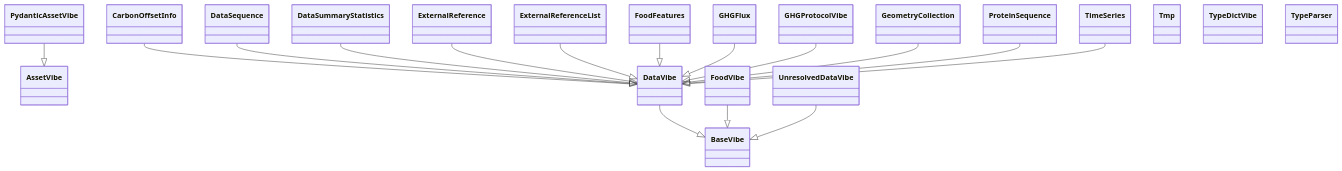
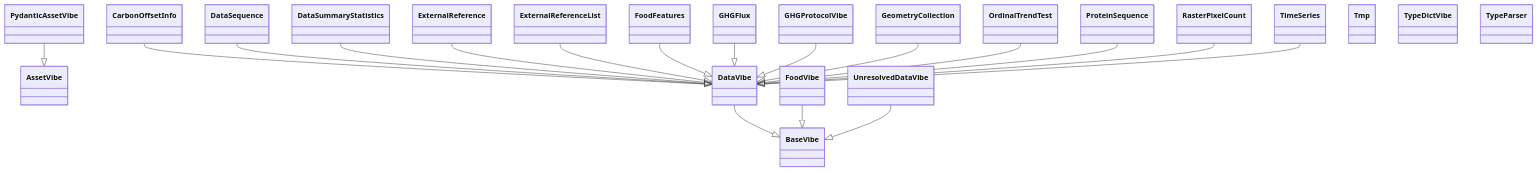
One commit to microsoft/farmvibes-ai changed the diagram in docs/source/docfiles/markdown/data_types_diagram/core_types_hierarchy.md. Above: the diagram before and after it, drawn with Mermaid. The commit also changed 152 other files, not shown here.

```diff
--- a/docs/source/docfiles/markdown/data_types_diagram/core_types_hierarchy.md
+++ b/docs/source/docfiles/markdown/data_types_diagram/core_types_hierarchy.md
@@ -2,61 +2,67 @@
 <div class="mermaid">
 
 classDiagram
   class AssetVibe {
   }
   class BaseVibe {
   }
   class CarbonOffsetInfo {
   }
   class DataSequence {
   }
   class DataSummaryStatistics {
   }
   class DataVibe {
   }
   class ExternalReference {
   }
   class ExternalReferenceList {
   }
   class FoodFeatures {
   }
   class FoodVibe {
   }
   class GHGFlux {
   }
   class GHGProtocolVibe {
   }
   class GeometryCollection {
   }
+  class OrdinalTrendTest {
+  }
   class ProteinSequence {
   }
   class PydanticAssetVibe {
+  }
+  class RasterPixelCount {
   }
   class TimeSeries {
   }
   class Tmp {
   }
   class TypeDictVibe {
   }
   class TypeParser {
   }
   class UnresolvedDataVibe {
   }
   PydanticAssetVibe --|> AssetVibe
   CarbonOffsetInfo --|> DataVibe
   DataSequence --|> DataVibe
   DataSummaryStatistics --|> DataVibe
   DataVibe --|> BaseVibe
   ExternalReference --|> DataVibe
   ExternalReferenceList --|> DataVibe
   FoodFeatures --|> DataVibe
   FoodVibe --|> BaseVibe
   GHGFlux --|> DataVibe
   GHGProtocolVibe --|> DataVibe
   GeometryCollection --|> DataVibe
+  OrdinalTrendTest --|> DataVibe
   ProteinSequence --|> DataVibe
+  RasterPixelCount --|> DataVibe
   TimeSeries --|> DataVibe
   UnresolvedDataVibe --|> BaseVibe
 
 
 </div>
```
